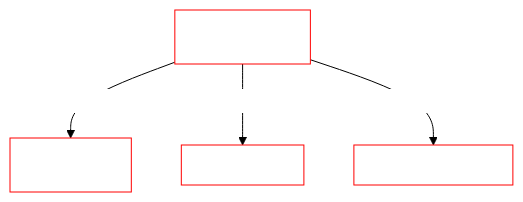
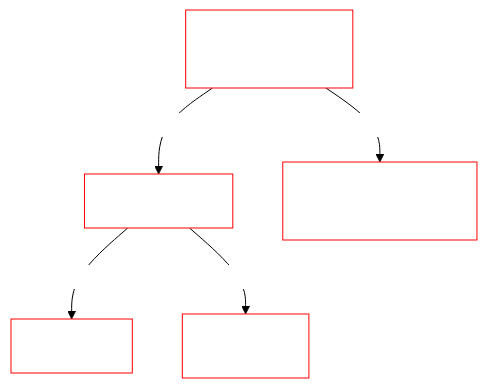
One commit to lukejamesmorrison/mother-docs changed the diagram in docs/Framework/README.md. Above: the diagram before and after it, drawn with Mermaid. The commit also changed other lines of this file and 6 other files, not shown here.

````diff
--- a/docs/Framework/README.md
+++ b/docs/Framework/README.md
@@ -17,30 +17,29 @@
 ```mermaid
 %%{
   init: {
     'theme': 'base',
     'themeVariables': {
         'primaryColor': '#BB2528',
         'primaryTextColor': '#fff',
         'primaryBorderColor': '#7C0000',
         'mainBkg': 'white',
         'nodeBorder': 'red',
         'lineColor': 'black',
         'secondaryColor': 'white',
         'secondaryBorderColor': 'black',
         'tertiaryColor': '#F2F2F2',
         'tertiaryBorderColor': 'black'
     }
   }
 }%%
 
 graph TD
-    Mother -->|Depends on| Program["Program"]
-    Mother["Mother OS"] -->|Depends on| CoreModule["Core Modules"]
-    Mother -->|Composed of| ExtensionModule["Extension Modules"]
+    MotherCore["Mother Core"] -->|Depends on| Program["Program"]
+    MotherCore["Mother Core"] -->|Composed of| CoreModule["Core Modules"]
+    Mother["Custom Script<br>(ie. Mother OS)"] -->|Depends on| MotherCore["Mother Core"]
 
-    subgraph CoreModule["Core Module"]
-    end
+    Mother -->|Composed of| ExtensionModule["Extension Module<br>(ie. Piston Module)"]
 
-    subgraph ExtensionModule["Extension Module"]
+    subgraph CoreModule["Core Module<br>(ie. Almanac)"]
     end
 ```
````
